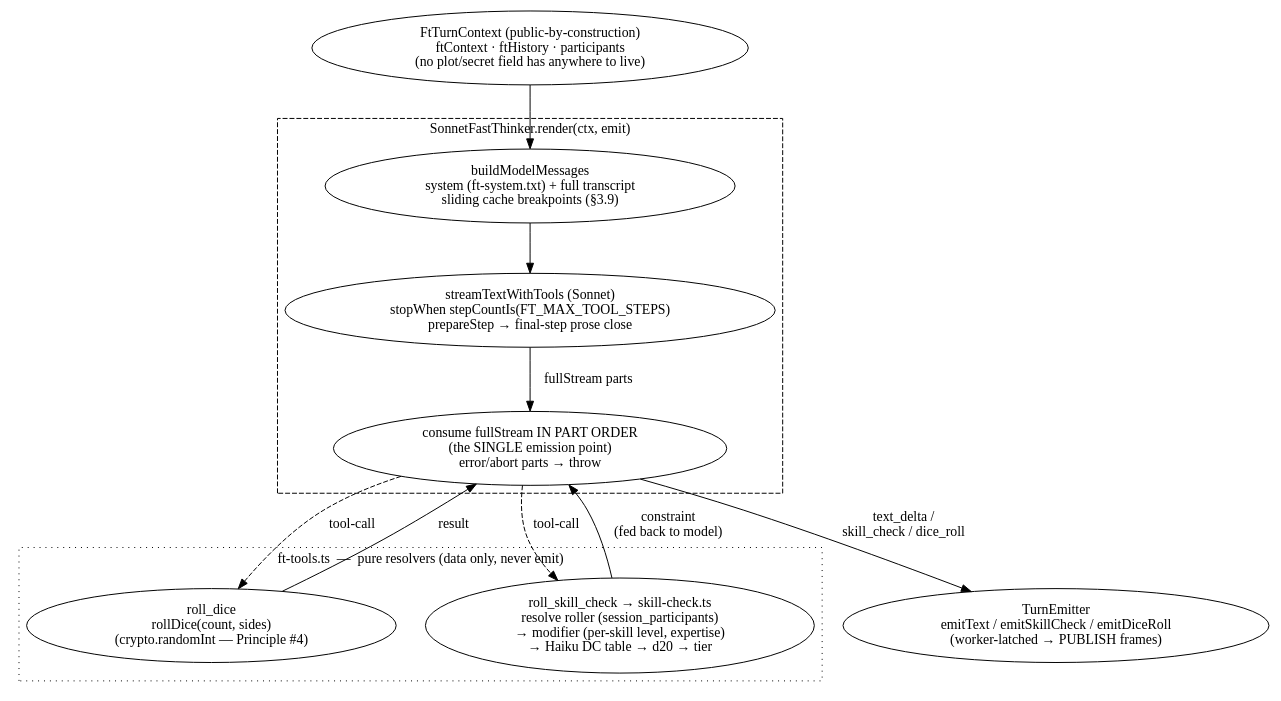
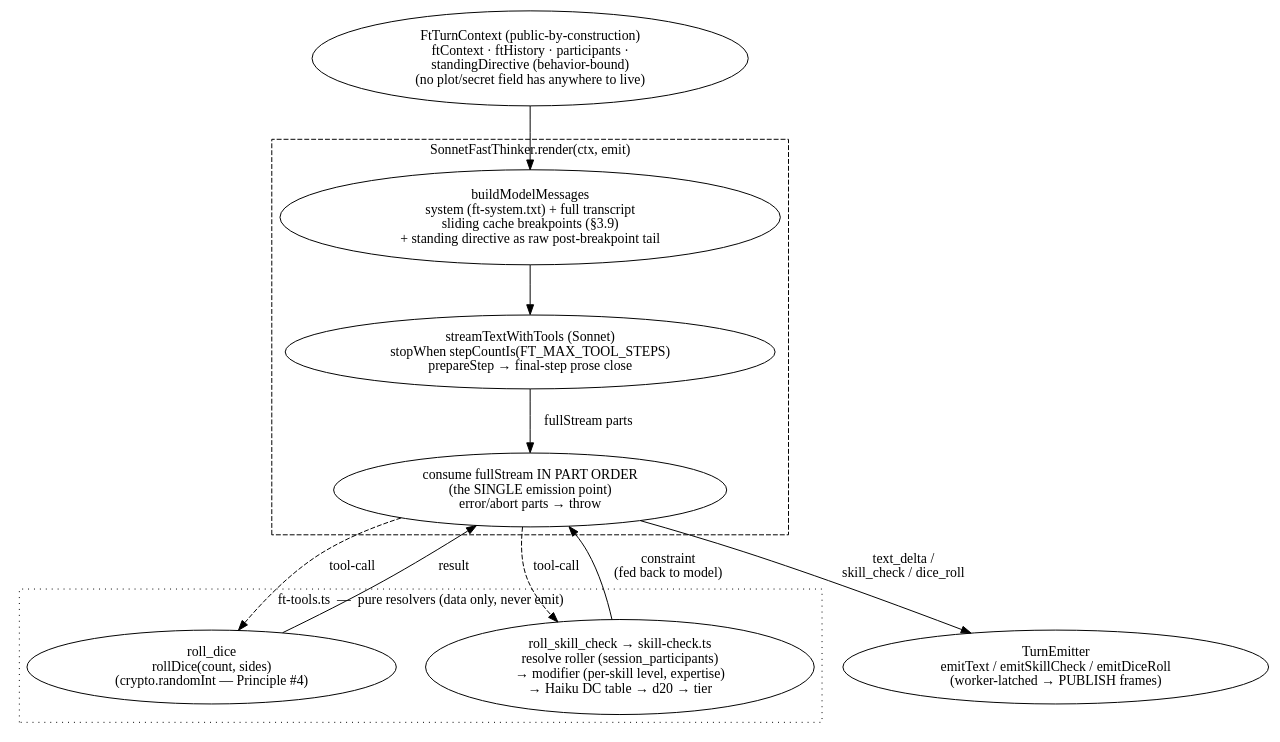
Before and after one commit to mythrun/mythrun: the diagram in docs/wiki/diagrams/runtime/fast-thinker.dot, drawn with Graphviz. The commit also changed 31 other files, not shown here.

```diff
--- a/docs/wiki/diagrams/runtime/fast-thinker.dot
+++ b/docs/wiki/diagrams/runtime/fast-thinker.dot
@@ -1,49 +1,49 @@
 digraph fast_thinker {
   // The FastThinker — the real player-facing prose tier (Sonnet). The
   // SessionController calls render(ctx, emit); the FT drives an interleaved
   // tool loop via streamTextWithTools (the ai.ts wrapper over the Vercel AI
   // SDK). It consumes fullStream in part order — text deltas stream out as
   // text frames; a tool-call resolves through a pure resolver (roll_dice /
   // roll_skill_check), whose RESULT is fed back to the model as a constraint
   // and emitted as a skill_check / dice_roll frame from the consume loop (the
   // single emission point). roll_skill_check runs the Principle #5 flow: a
   // Haiku DC table → deterministic d20 (crypto.randomInt) → matched outcome
   // tier as the narrative constraint. The cap stops the loop after N steps.
   rankdir=TB;
   compound=true;
   nodesep=0.4;
   ranksep=0.7;
 
-  ctx [label="FtTurnContext (public-by-construction)\nftContext · ftHistory · participants\n(no plot/secret field has anywhere to live)", color="ember", fontcolor="ember"];
+  ctx [label="FtTurnContext (public-by-construction)\nftContext · ftHistory · participants ·\nstandingDirective (behavior-bound)\n(no plot/secret field has anywhere to live)", color="ember", fontcolor="ember"];
 
   subgraph cluster_ft {
     label="SonnetFastThinker.render(ctx, emit)";
     style="dashed";
     color="ember";
     fontcolor="ember";
 
-    build [label="buildModelMessages\nsystem (ft-system.txt) + full transcript\nsliding cache breakpoints (§3.9)"];
+    build [label="buildModelMessages\nsystem (ft-system.txt) + full transcript\nsliding cache breakpoints (§3.9)\n+ standing directive as raw post-breakpoint tail"];
     loop  [label="streamTextWithTools (Sonnet)\nstopWhen stepCountIs(FT_MAX_TOOL_STEPS)\nprepareStep → final-step prose close"];
     consume [label="consume fullStream IN PART ORDER\n(the SINGLE emission point)\nerror/abort parts → throw", color="ember", fontcolor="ember"];
   }
 
   subgraph cluster_tools {
     label="ft-tools.ts  —  pure resolvers (data only, never emit)";
     style="dotted";
     dice  [label="roll_dice\nrollDice(count, sides)\n(crypto.randomInt — Principle #4)"];
     skill [label="roll_skill_check → skill-check.ts\nresolve roller (session_participants)\n→ modifier (per-skill level, expertise)\n→ Haiku DC table → d20 → tier"];
   }
 
   emit [label="TurnEmitter\nemitText / emitSkillCheck / emitDiceRoll\n(worker-latched → PUBLISH frames)", color="ember", fontcolor="ember"];
 
   ctx -> build;
   build -> loop;
   loop -> consume [label="fullStream parts"];
 
   consume -> skill [label="tool-call", style=dashed];
   consume -> dice  [label="tool-call", style=dashed];
   skill -> consume [label="constraint\n(fed back to model)"];
   dice  -> consume [label="result"];
 
   consume -> emit [label="text_delta /\nskill_check / dice_roll"];
 }
```
